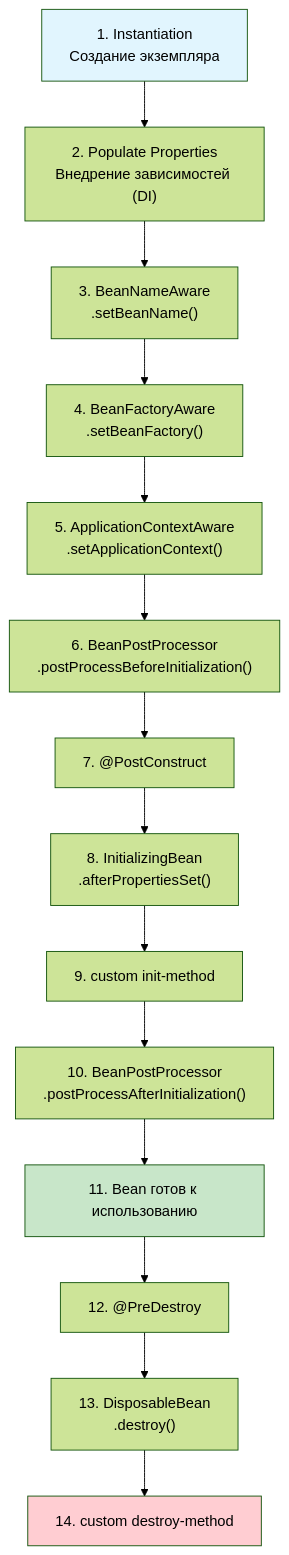
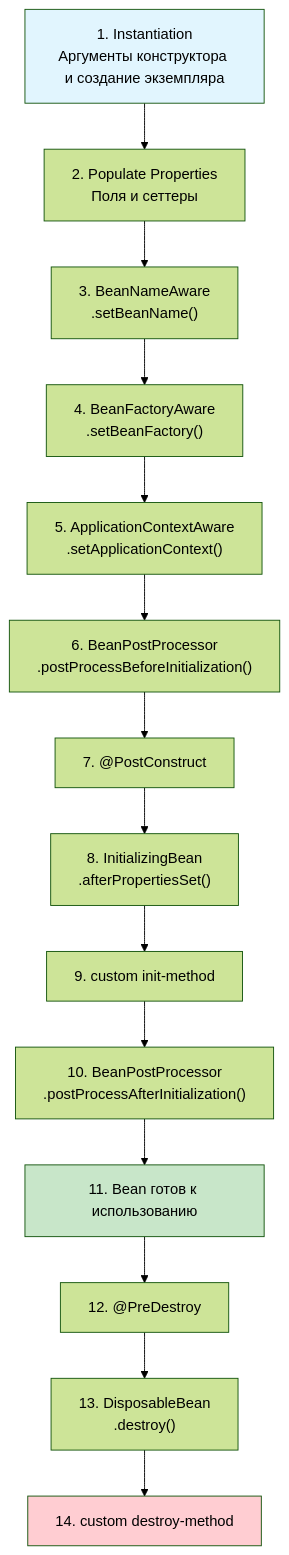
One commit to akeverus/cheat-sheet changed the fifth of 10 diagrams in cheatsheets/interview/frameworks/spring/spring-framework-interview.md. Above: the diagram before and after it, drawn with Mermaid (forest theme). The commit also changed other lines of this file and 1 other file, not shown here.

Commit message:
docs: distinguish constructor injection in Spring bean lifecycle

````diff
--- a/cheatsheets/interview/frameworks/spring/spring-framework-interview.md
+++ b/cheatsheets/interview/frameworks/spring/spring-framework-interview.md
@@ -397,20 +397,20 @@
 ```mermaid
 graph TB
-    A["1. Instantiation<br/>Создание экземпляра"] --> B["2. Populate Properties<br/>Внедрение зависимостей (DI)"]
+    A["1. Instantiation<br/>Аргументы конструктора и создание экземпляра"] --> B["2. Populate Properties<br/>Поля и сеттеры"]
     B --> C["3. BeanNameAware<br/>.setBeanName()"]
     C --> D["4. BeanFactoryAware<br/>.setBeanFactory()"]
     D --> E["5. ApplicationContextAware<br/>.setApplicationContext()"]
     E --> F["6. BeanPostProcessor<br/>.postProcessBeforeInitialization()"]
     F --> G["7. @PostConstruct"]
     G --> H["8. InitializingBean<br/>.afterPropertiesSet()"]
     H --> I["9. custom init-method"]
     I --> J["10. BeanPostProcessor<br/>.postProcessAfterInitialization()"]
     J --> K["11. Bean готов к использованию"]
     K --> L["12. @PreDestroy"]
     L --> M["13. DisposableBean<br/>.destroy()"]
     M --> N["14. custom destroy-method"]
 
     style A fill:#e1f5fe
     style K fill:#c8e6c9
     style N fill:#ffcdd2
 ```
````
